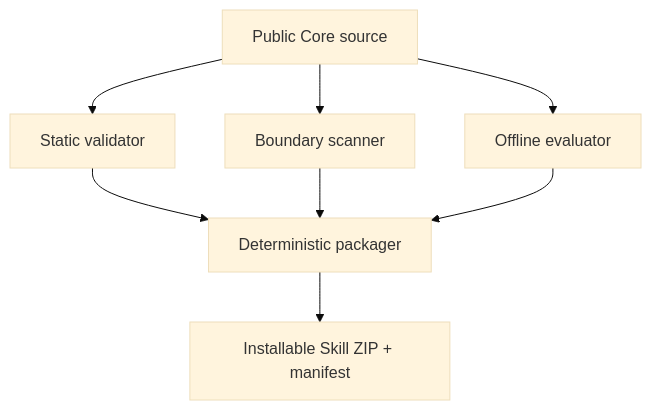
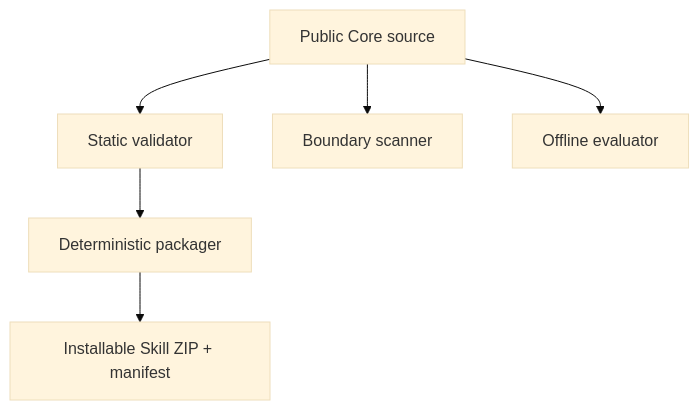
One commit to mtchuang1981/clin-data-nav changed the diagram in docs/architecture.md. Above: the diagram before and after it, drawn with Mermaid (base theme). The commit also changed other lines of this file and 3 other files, not shown here.

````diff
--- a/docs/architecture.md
+++ b/docs/architecture.md
@@ -23,10 +23,8 @@
 ```mermaid
 flowchart TD
     Source["Public Core source"] --> Validator["Static validator"]
+    Validator --> Packager["Deterministic packager"]
+    Packager --> Archive["Installable Skill ZIP + manifest"]
     Source --> Scanner["Boundary scanner"]
     Source --> Evaluator["Offline evaluator"]
-    Validator --> Packager["Deterministic packager"]
-    Scanner --> Packager
-    Evaluator --> Packager
-    Packager --> Archive["Installable Skill ZIP + manifest"]
 ```
````
